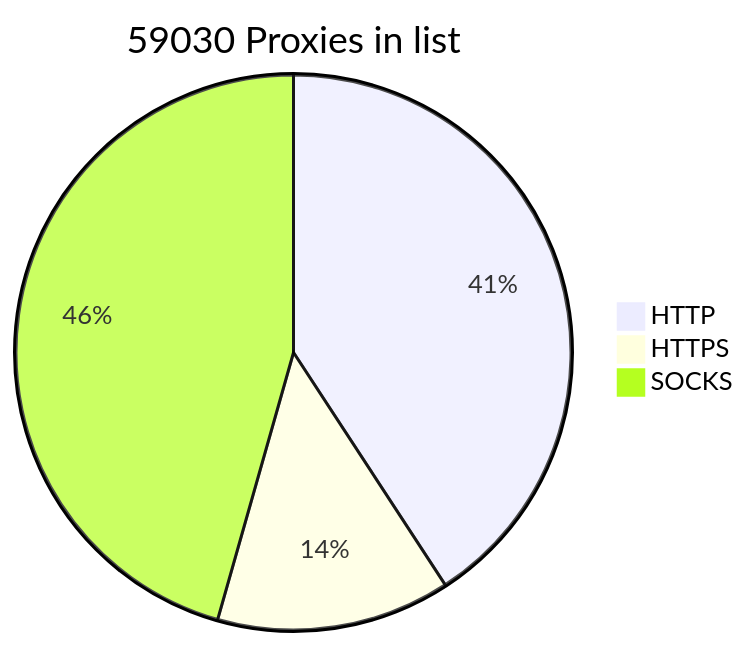
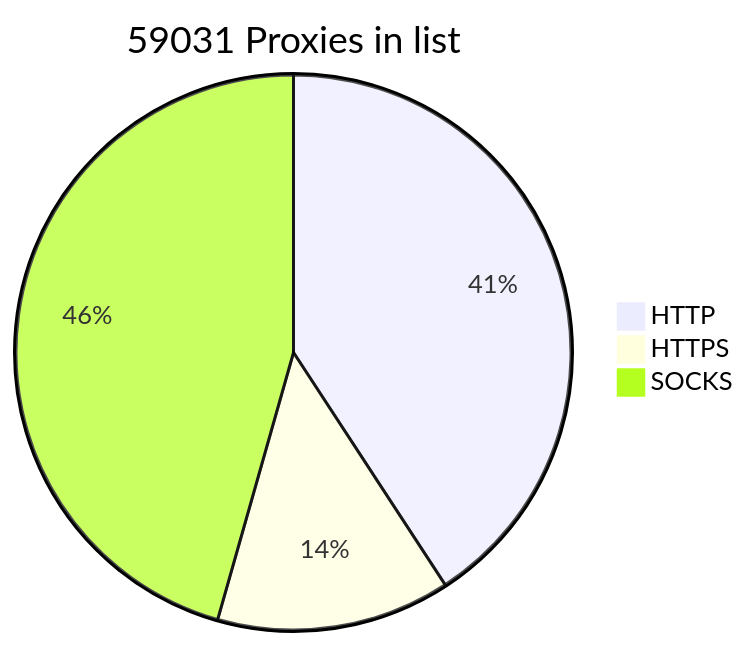
The diagram in README.md (BlackSnowDot/proxylist-update-every-minute), drawn with Mermaid before and after one commit.

````diff
--- a/README.md
+++ b/README.md
@@ -2,6 +2,6 @@
 ```mermaid
-pie title 59030 Proxies in list
+pie title 59031 Proxies in list
     "HTTP" : 27136
     "HTTPS": 9054
-    "SOCKS" : 30330
+    "SOCKS" : 30331
 ```
````
